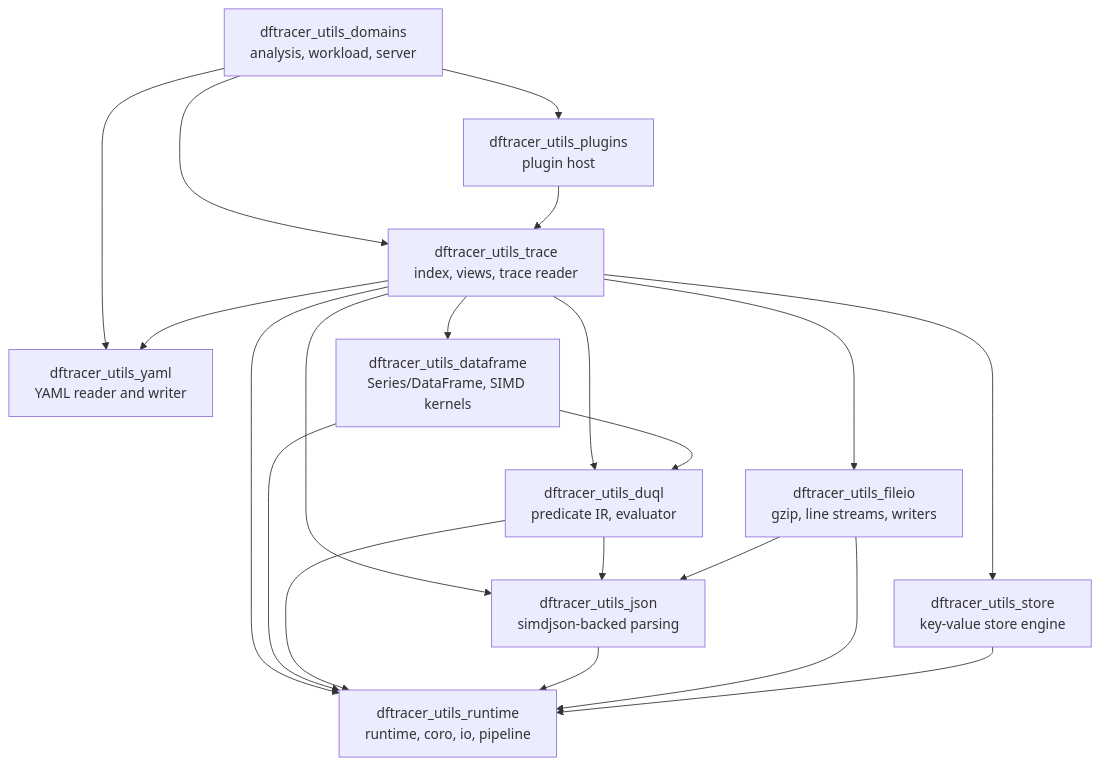
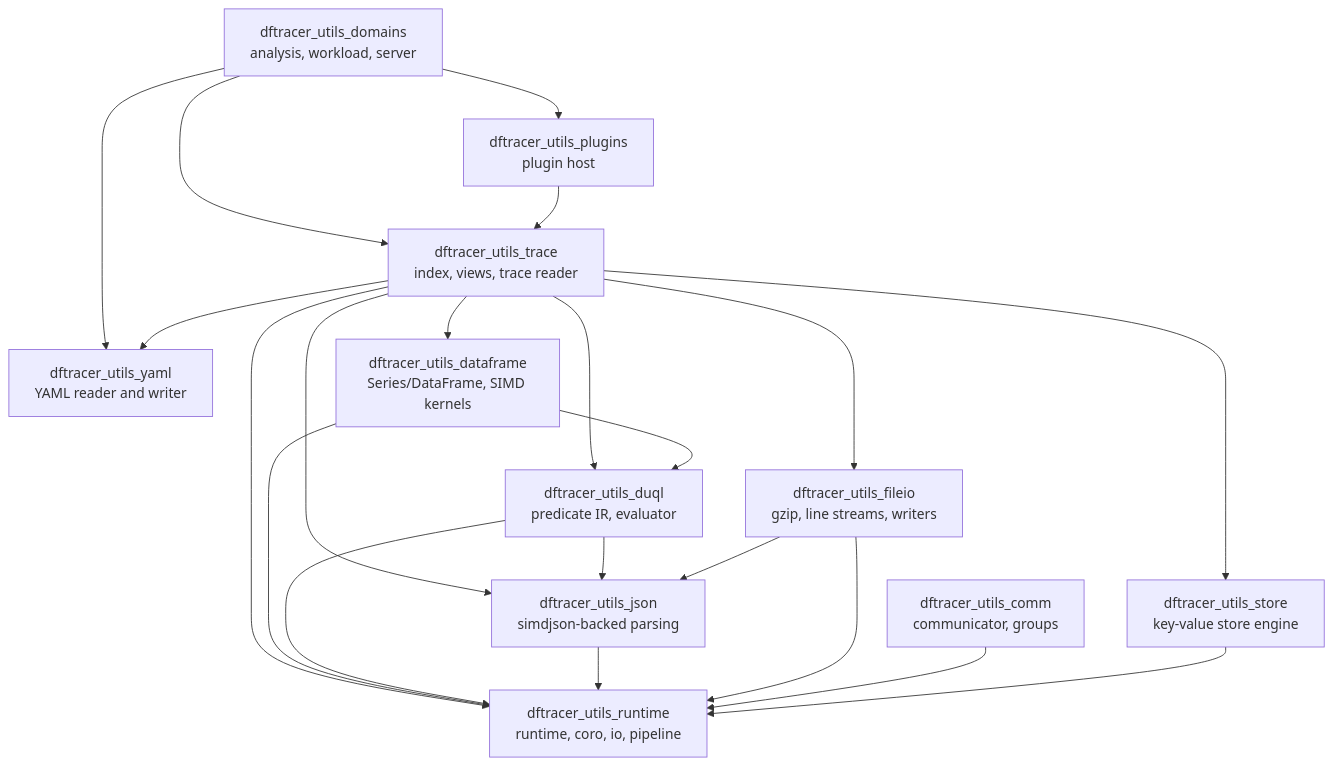
Before and after one commit to llnl-asr/dftracer-utils: the first of 2 diagrams in docs/source/concepts/architecture.rst, drawn with Mermaid. The commit also changed other lines of this file and 377 other files, not shown here.

```diff
--- a/docs/source/concepts/architecture.rst
+++ b/docs/source/concepts/architecture.rst
@@ -65,32 +150,34 @@
 .. mermaid::
 
    graph TB
        Runtime["dftracer_utils_runtime<br/>runtime, coro, io, pipeline"]
+       Comm["dftracer_utils_comm<br/>communicator, groups"]
        Store["dftracer_utils_store<br/>key-value store engine"]
        Io["dftracer_utils_fileio<br/>gzip, line streams, writers"]
        Json["dftracer_utils_json<br/>simdjson-backed parsing"]
        Yaml["dftracer_utils_yaml<br/>YAML reader and writer"]
        Query["dftracer_utils_duql<br/>predicate IR, evaluator"]
        DF["dftracer_utils_dataframe<br/>Series/DataFrame, SIMD kernels"]
        Trace["dftracer_utils_trace<br/>index, views, trace reader"]
        Plugins["dftracer_utils_plugins<br/>plugin host"]
        Util["dftracer_utils_domains<br/>analysis, workload, server"]
        Store --> Runtime
+       Comm --> Runtime
        Io --> Runtime
        Io --> Json
        Json --> Runtime
        Query --> Runtime
        Query --> Json
        DF --> Runtime
        DF --> Query
        Trace --> Runtime
        Trace --> Store
        Trace --> Io
        Trace --> Json
        Trace --> Yaml
        Trace --> Query
        Trace --> DF
        Plugins --> Trace
        Util --> Plugins
        Util --> Trace
        Util --> Yaml
```
